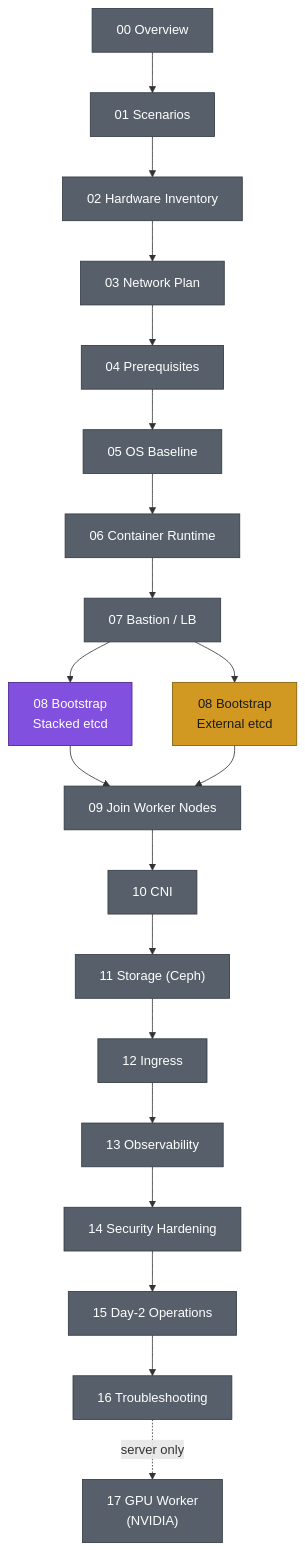
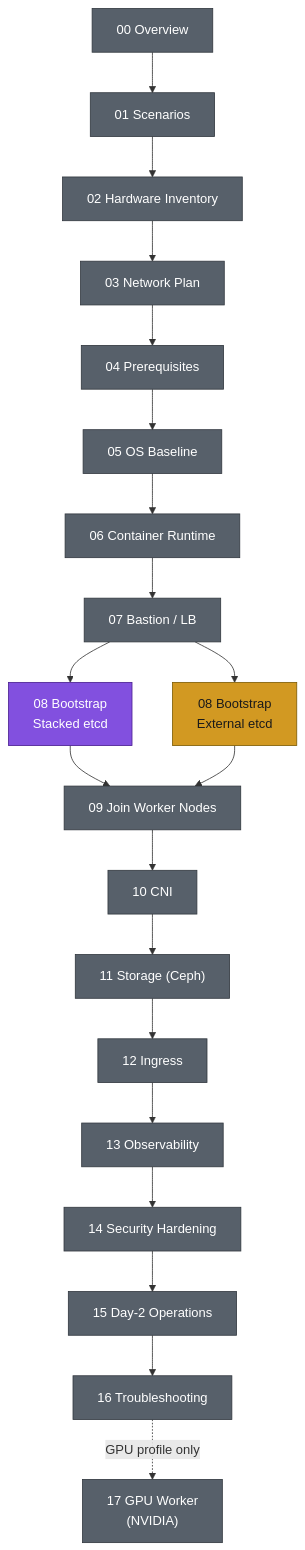
One commit to bahman-farhadian/kubernetes-lab changed the diagram in README.md. Above: the diagram before and after it, drawn with Mermaid. The commit also changed other lines of this file and 7 other files, not shown here.

````diff
--- a/README.md
+++ b/README.md
@@ -46,20 +63,20 @@
 ```mermaid
 flowchart TD
     S00["00 Overview"]:::common --> S01["01 Scenarios"]:::common
     S01 --> S02["02 Hardware Inventory"]:::common --> S03["03 Network Plan"]:::common
     S03 --> S04["04 Prerequisites"]:::common --> S05["05 OS Baseline"]:::common
     S05 --> S06["06 Container Runtime"]:::common --> S07["07 Bastion / LB"]:::common
     S07 --> S08A["08 Bootstrap\nStacked etcd"]:::scenarioA
     S07 --> S08B["08 Bootstrap\nExternal etcd"]:::scenarioB
     S08A --> S09["09 Join Worker Nodes"]:::common
     S08B --> S09
     S09 --> S10["10 CNI"]:::common --> S11["11 Storage (Ceph)"]:::common
     S11 --> S12["12 Ingress"]:::common --> S13["13 Observability"]:::common
     S13 --> S14["14 Security Hardening"]:::common --> S15["15 Day-2 Operations"]:::common
     S15 --> S16["16 Troubleshooting"]:::common
-    S16 -. server only .-> S17["17 GPU Worker\n(NVIDIA)"]:::common
+    S16 -. GPU profile only .-> S17["17 GPU Worker\n(NVIDIA)"]:::common
 
     classDef common fill:#57606a,stroke:#32383f,color:#ffffff
     classDef scenarioA fill:#8250df,stroke:#4b1f91,color:#ffffff
     classDef scenarioB fill:#d29922,stroke:#7d5c05,color:#1a1a1a
 ```
````
